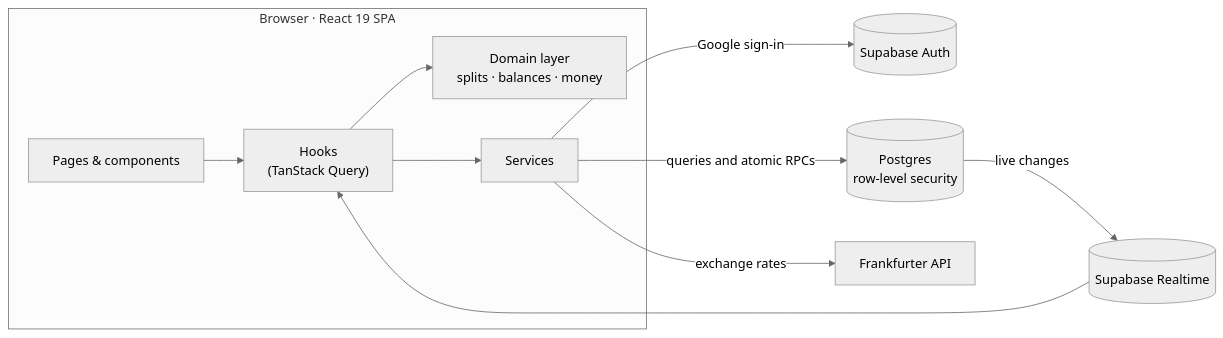
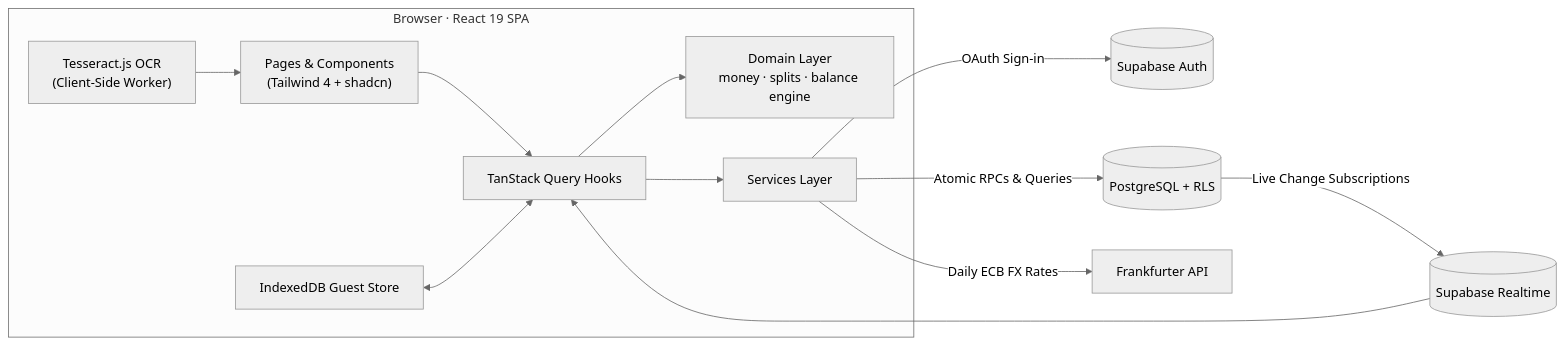
The diagram in README.md (Nikhil9182/Tabby), drawn with Mermaid (neutral theme) before and after one commit. The commit also changed other lines of this file and 9 other files, not shown here.

````diff
--- a/README.md
+++ b/README.md
@@ -121,14 +154,16 @@
 ```mermaid
 flowchart LR
-  subgraph Browser["Browser · React 19 SPA"]
-    UI["Pages & components"] --> Hooks["Hooks<br/>(TanStack Query)"]
-    Hooks --> Domain["Domain layer<br/>splits · balances · money"]
-    Hooks --> Services["Services"]
+  subgraph Client["Browser · React 19 SPA"]
+    UI["Pages & Components<br/>(Tailwind 4 + shadcn)"] --> Hooks["TanStack Query Hooks"]
+    OCR["Tesseract.js OCR<br/>(Client-Side Worker)"] --> UI
+    Hooks --> Domain["Domain Layer<br/>money · splits · balance engine"]
+    Hooks --> Services["Services Layer"]
+    GuestStore["IndexedDB Guest Store"] <--> Hooks
   end
 
-  Services -->|Google sign-in| Auth[(Supabase Auth)]
-  Services -->|queries and atomic RPCs| DB[(Postgres<br/>row-level security)]
-  DB -->|live changes| Realtime[(Supabase Realtime)]
+  Services -->|OAuth Sign-in| Auth[(Supabase Auth)]
+  Services -->|Atomic RPCs & Queries| DB[(PostgreSQL + RLS)]
+  DB -->|Live Change Subscriptions| Realtime[(Supabase Realtime)]
   Realtime --> Hooks
-  Services -->|exchange rates| FX[Frankfurter API]
+  Services -->|Daily ECB FX Rates| FX[Frankfurter API]
 ```
````
